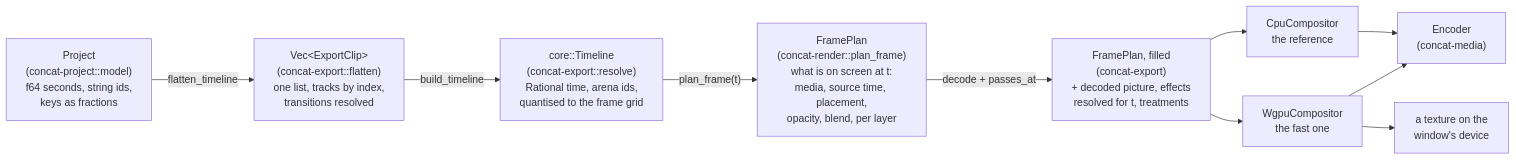
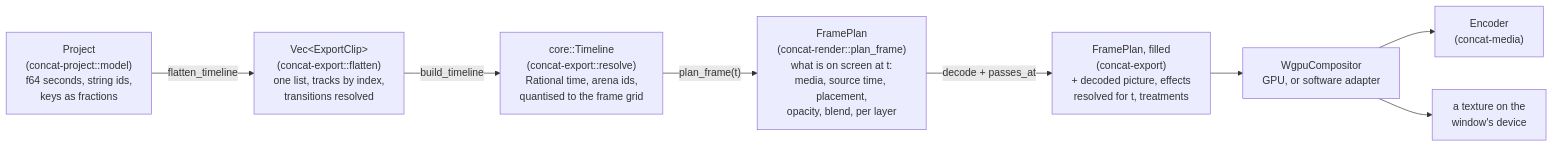
Before and after one commit to jub0t/Concat: the second of 7 diagrams in ARCHITECTURE.md, drawn with Mermaid. The commit also changed other lines of this file and 12 other files, not shown here.

First line of the commit message:
refactor(render): one compositor - the GPU's, on a software adapter where there is no GPU

````diff
--- a/ARCHITECTURE.md
+++ b/ARCHITECTURE.md
@@ -70,22 +70,19 @@
 ```mermaid
 flowchart LR
     doc["Project<br/>(concat-project::model)<br/>f64 seconds, string ids,<br/>keys as fractions"]
     flat["Vec&lt;ExportClip&gt;<br/>(concat-export::flatten)<br/>one list, tracks by index,<br/>transitions resolved"]
     tl["core::Timeline<br/>(concat-export::resolve)<br/>Rational time, arena ids,<br/>quantised to the frame grid"]
     plan["FramePlan<br/>(concat-render::plan_frame)<br/>what is on screen at t:<br/>media, source time, placement,<br/>opacity, blend, per layer"]
     filled["FramePlan, filled<br/>(concat-export)<br/>+ decoded picture, effects<br/>resolved for t, treatments"]
-    cpu["CpuCompositor<br/>the reference"]
-    gpu["WgpuCompositor<br/>the fast one"]
+    gpu["WgpuCompositor<br/>GPU, or software adapter"]
     enc["Encoder<br/>(concat-media)"]
     tex["a texture on the<br/>window's device"]
 
     doc -- "flatten_timeline" --> flat
     flat -- "build_timeline" --> tl
     tl -- "plan_frame(t)" --> plan
     plan -- "decode + passes_at" --> filled
-    filled --> cpu
     filled --> gpu
-    cpu --> enc
     gpu --> enc
     gpu --> tex
 ```
````
